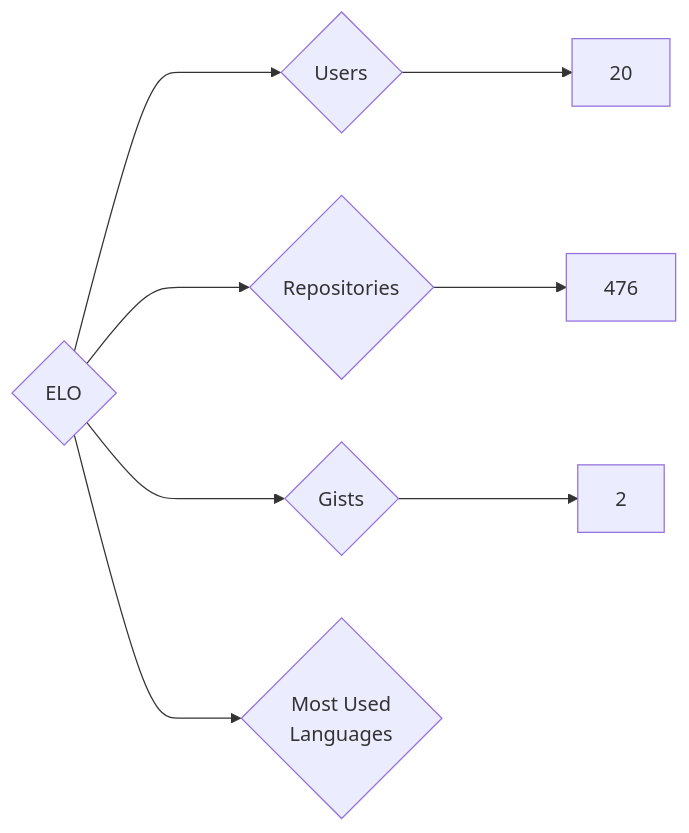
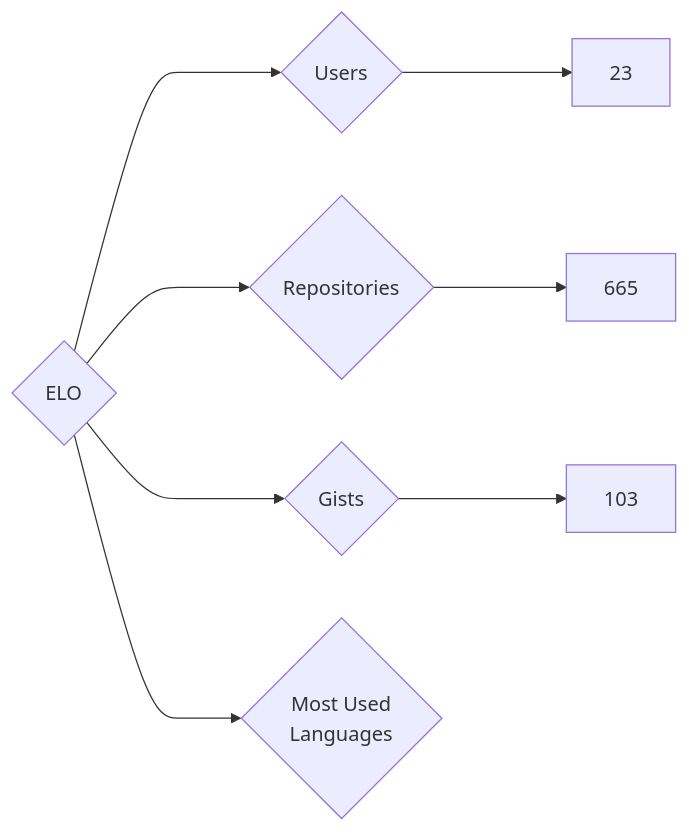
The diagram in targets/ELO/README.md (nenadzaric/insiders), drawn with Mermaid before and after one commit. The commit also changed 1342 other files, not shown here.

````diff
--- a/targets/ELO/README.md
+++ b/targets/ELO/README.md
@@ -3,8 +3,8 @@
 ```mermaid
 graph LR
 COMPANY_NAME{ELO}
-COMPANY_NAME ---> U{Users} ---> UN[20]
-COMPANY_NAME ---> R{Repositories} ---> RN[476]
-COMPANY_NAME ---> G{Gists} ---> GN[2]
+COMPANY_NAME ---> U{Users} ---> UN[23]
+COMPANY_NAME ---> R{Repositories} ---> RN[665]
+COMPANY_NAME ---> G{Gists} ---> GN[103]
 COMPANY_NAME ---> ML{Most Used<br>Languages}
 ```
````
